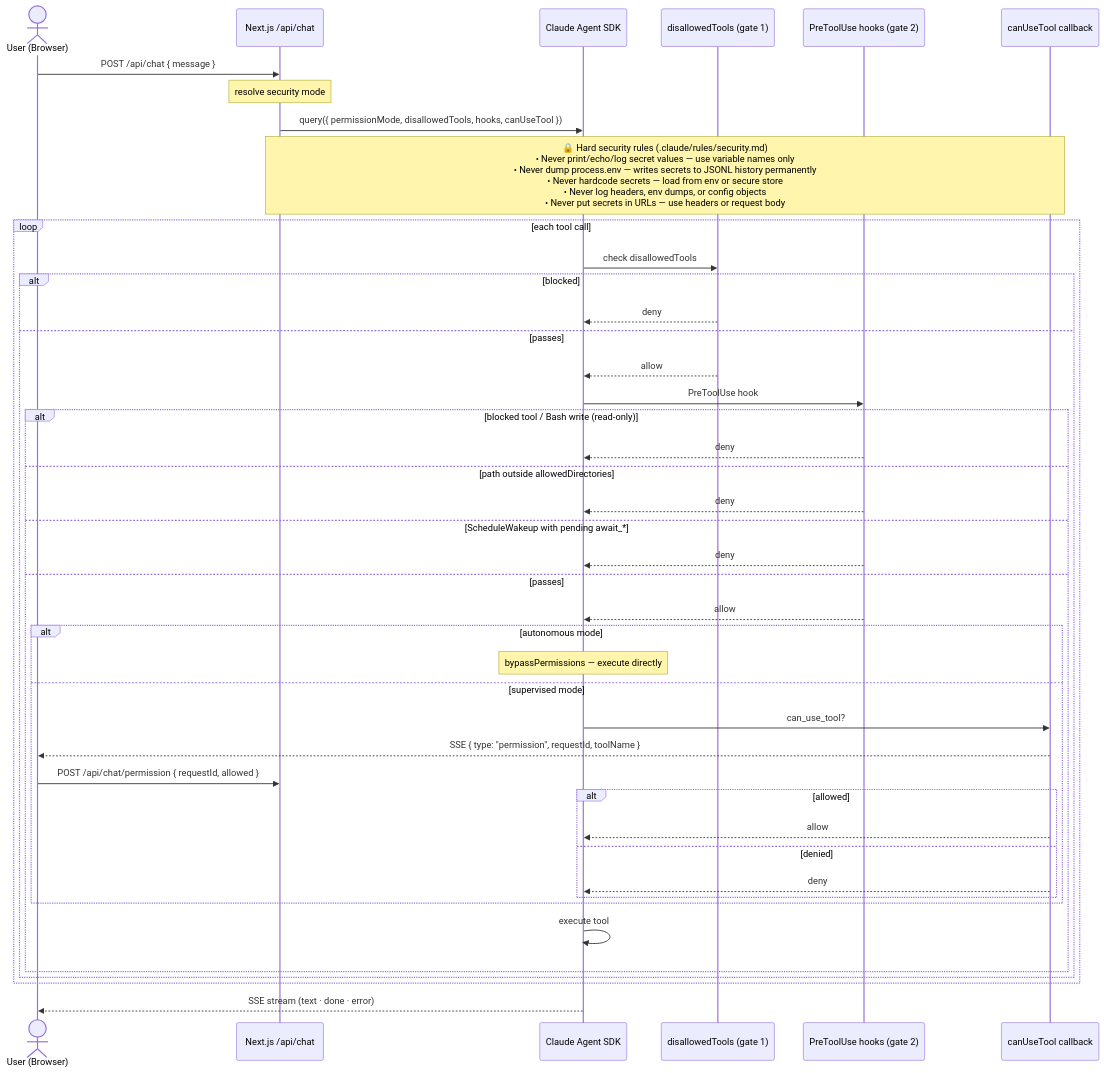
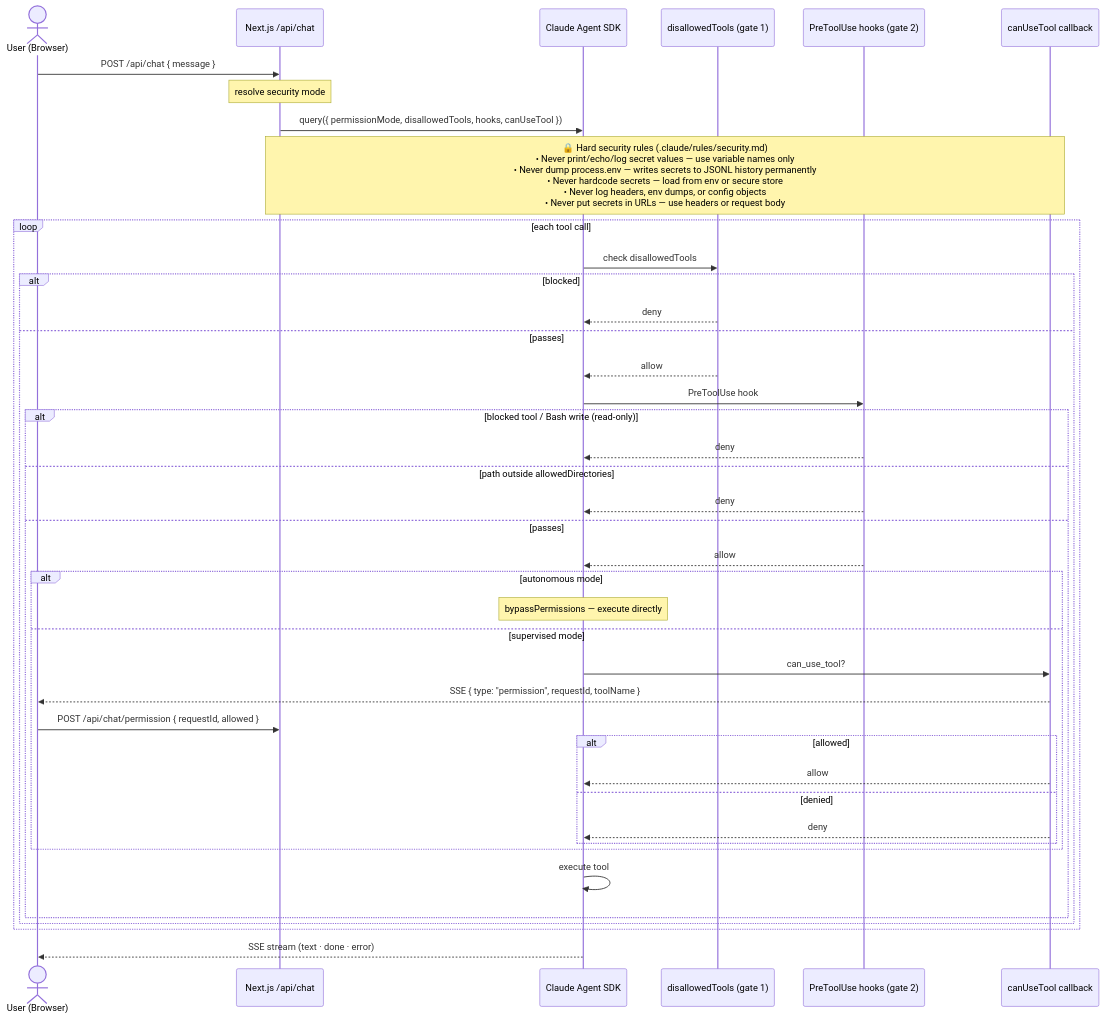
One commit to PixelPaw-Labs/DovePaw-Lite changed the second of 2 diagrams in README.md. Above: the diagram before and after it, drawn with Mermaid.

Commit message:
docs: remove ScheduleWakeup from PreToolUse safety gates in mermaid

````diff
--- a/README.md
+++ b/README.md
@@ -465,52 +465,50 @@
 ```mermaid
 sequenceDiagram
     actor User as User (Browser)
     participant API as Next.js /api/chat
     participant SDK as Claude Agent SDK
     participant Gate1 as disallowedTools (gate 1)
     participant Gate2 as PreToolUse hooks (gate 2)
     participant canUse as canUseTool callback
 
     User->>API: POST /api/chat { message }
     note over API: resolve security mode
     API->>SDK: query({ permissionMode, disallowedTools, hooks, canUseTool })
 
     note over API,canUse: 🔒 Hard security rules (.claude/rules/security.md)<br/>• Never print/echo/log secret values — use variable names only<br/>• Never dump process.env — writes secrets to JSONL history permanently<br/>• Never hardcode secrets — load from env or secure store<br/>• Never log headers, env dumps, or config objects<br/>• Never put secrets in URLs — use headers or request body
 
     loop each tool call
         SDK->>Gate1: check disallowedTools
         alt blocked
             Gate1-->>SDK: deny
         else passes
             Gate1-->>SDK: allow
             SDK->>Gate2: PreToolUse hook
 
             alt blocked tool / Bash write (read-only)
                 Gate2-->>SDK: deny
             else path outside allowedDirectories
                 Gate2-->>SDK: deny
-            else ScheduleWakeup with pending await_*
-                Gate2-->>SDK: deny
             else passes
                 Gate2-->>SDK: allow
 
                 alt autonomous mode
                     note over SDK: bypassPermissions — execute directly
                 else supervised mode
                     SDK->>canUse: can_use_tool?
                     canUse-->>User: SSE { type: "permission", requestId, toolName }
                     User->>API: POST /api/chat/permission { requestId, allowed }
                     alt allowed
                         canUse-->>SDK: allow
                     else denied
                         canUse-->>SDK: deny
                     end
                 end
 
                 SDK->>SDK: execute tool
             end
         end
     end
 
     SDK-->>User: SSE stream (text · done · error)
 ```
````
